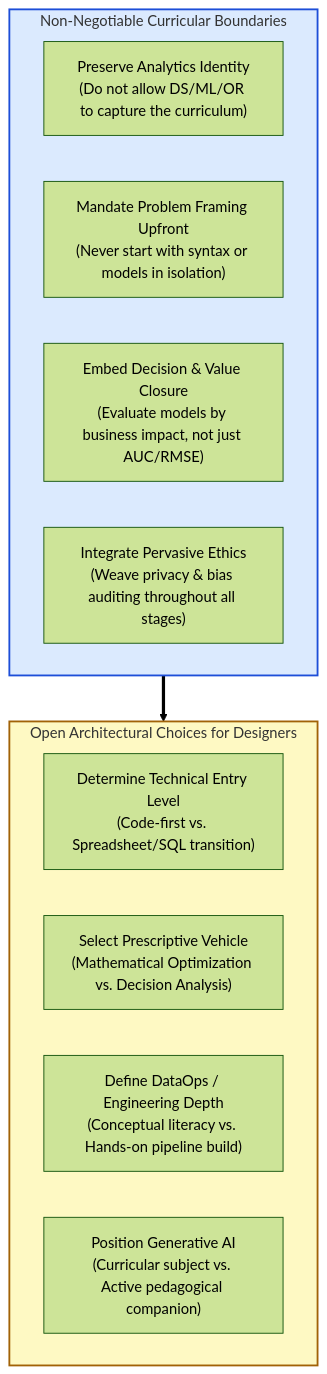
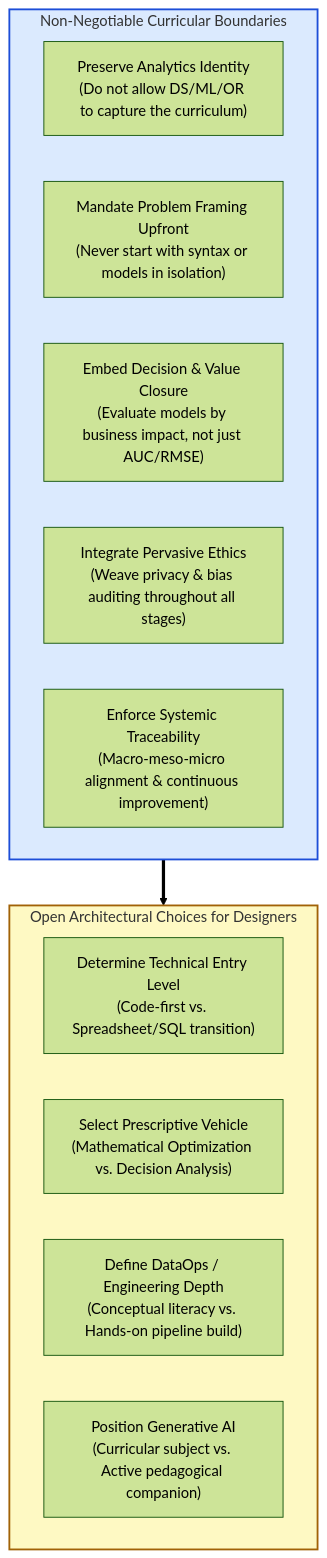
The seventh of 7 diagrams in design/synthesis/s03-synthesis-gemini.md (jdvelasq/classroom-vibecoding), drawn with Mermaid (forest theme) before and after one commit. The commit also changed other lines of this file and 3 other files, not shown here.

````diff
--- a/design/synthesis/s03-synthesis-gemini.md
+++ b/design/synthesis/s03-synthesis-gemini.md
@@ -597,20 +665,21 @@
 ```mermaid
 flowchart TD
     subgraph Mandates ["Non-Negotiable Curricular Boundaries"]
         B1["Preserve Analytics Identity<br/>(Do not allow DS/ML/OR to capture the curriculum)"]
         B2["Mandate Problem Framing Upfront<br/>(Never start with syntax or models in isolation)"]
         B3["Embed Decision & Value Closure<br/>(Evaluate models by business impact, not just AUC/RMSE)"]
         B4["Integrate Pervasive Ethics<br/>(Weave privacy & bias auditing throughout all stages)"]
+        B5["Enforce Systemic Traceability<br/>(Macro-meso-micro alignment & continuous improvement)"]
     end
 
     subgraph DesignChoices ["Open Architectural Choices for Designers"]
         C1["Determine Technical Entry Level<br/>(Code-first vs. Spreadsheet/SQL transition)"]
         C2["Select Prescriptive Vehicle<br/>(Mathematical Optimization vs. Decision Analysis)"]
         C3["Define DataOps / Engineering Depth<br/>(Conceptual literacy vs. Hands-on pipeline build)"]
         C4["Position Generative AI<br/>(Curricular subject vs. Active pedagogical companion)"]
     end
 
     Mandates ==> DesignChoices
     style Mandates fill:#dbeafe,stroke:#1d4ed8,stroke-width:2px
     style DesignChoices fill:#fef9c3,stroke:#a16207,stroke-width:2px
 ```
````
